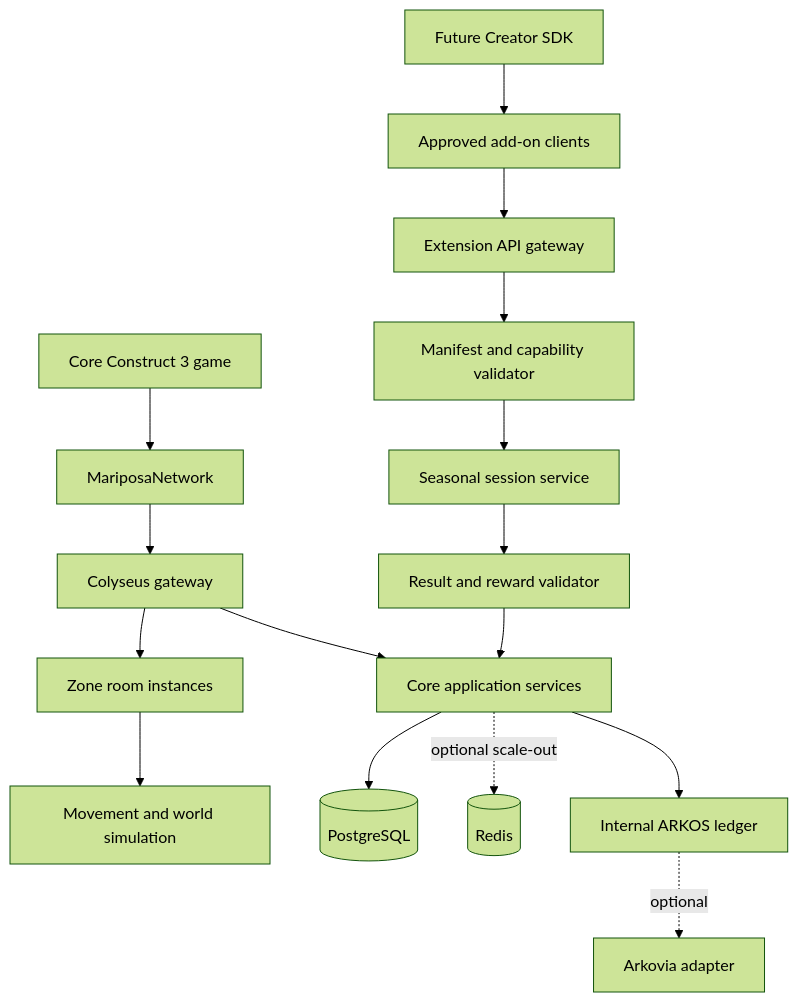
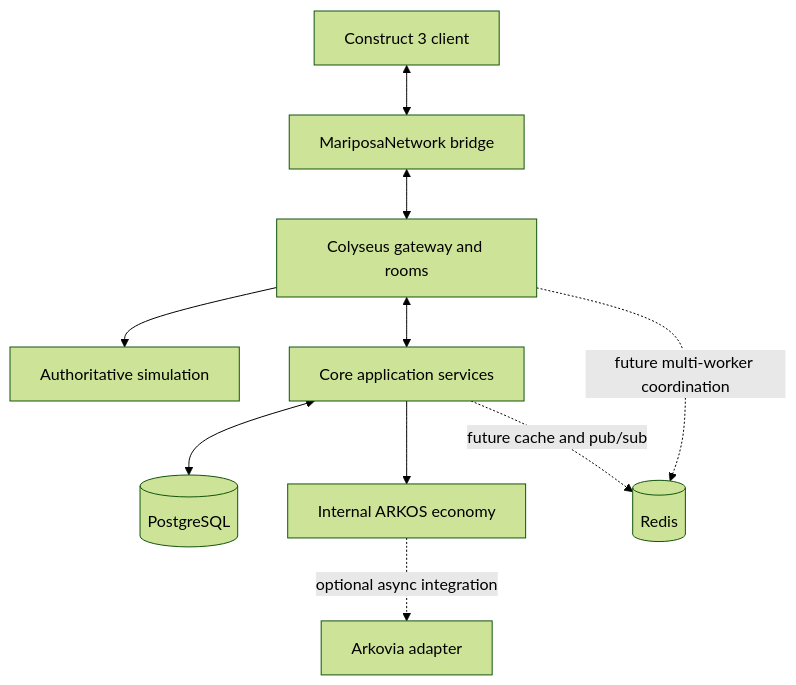
Before and after one commit to mycreationhaven/Mariposa-Universe-Server: the first of 4 diagrams in docs/ARCHITECTURE.md, drawn with Mermaid (forest theme). The commit also changed other lines of this file, not shown here.

Commit message:
Redesign complete server and extension architecture

````diff
--- a/docs/ARCHITECTURE.md
+++ b/docs/ARCHITECTURE.md
@@ -7,19 +9,12 @@
 ```mermaid
 flowchart TD
-  C["Core Construct 3 game"] --> N["MariposaNetwork"]
-  N --> G["Colyseus gateway"]
-  G --> R["Zone room instances"]
-  R --> M["Movement and world simulation"]
-  G --> S["Core application services"]
-  S --> P[(PostgreSQL)]
-  S -. "optional scale-out" .-> D[(Redis)]
-  S --> E["Internal ARKOS ledger"]
-  E -. "optional" .-> A["Arkovia adapter"]
-
-  SDK["Future Creator SDK"] --> AC["Approved add-on clients"]
-  AC --> X["Extension API gateway"]
-  X --> V["Manifest and capability validator"]
-  V --> SS["Seasonal session service"]
-  SS --> RV["Result and reward validator"]
-  RV --> S
+  C["Construct 3 client"] <--> B["MariposaNetwork bridge"]
+  B <--> G["Colyseus gateway and rooms"]
+  G --> M["Authoritative simulation"]
+  G <--> S["Core application services"]
+  S <--> P[(PostgreSQL)]
+  S --> E["Internal ARKOS economy"]
+  E -. "optional async integration" .-> A["Arkovia adapter"]
+  G -. "future multi-worker coordination" .-> R[(Redis)]
+  S -. "future cache and pub/sub" .-> R
 ```
````
